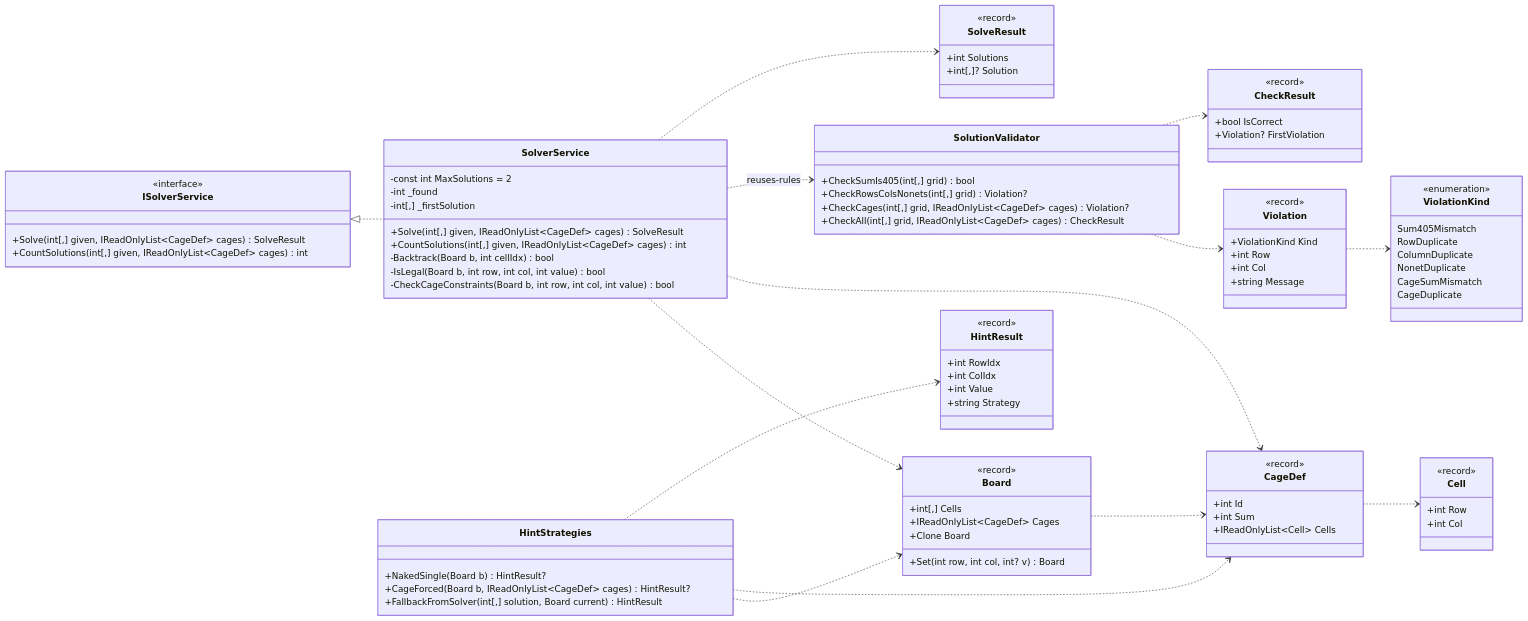
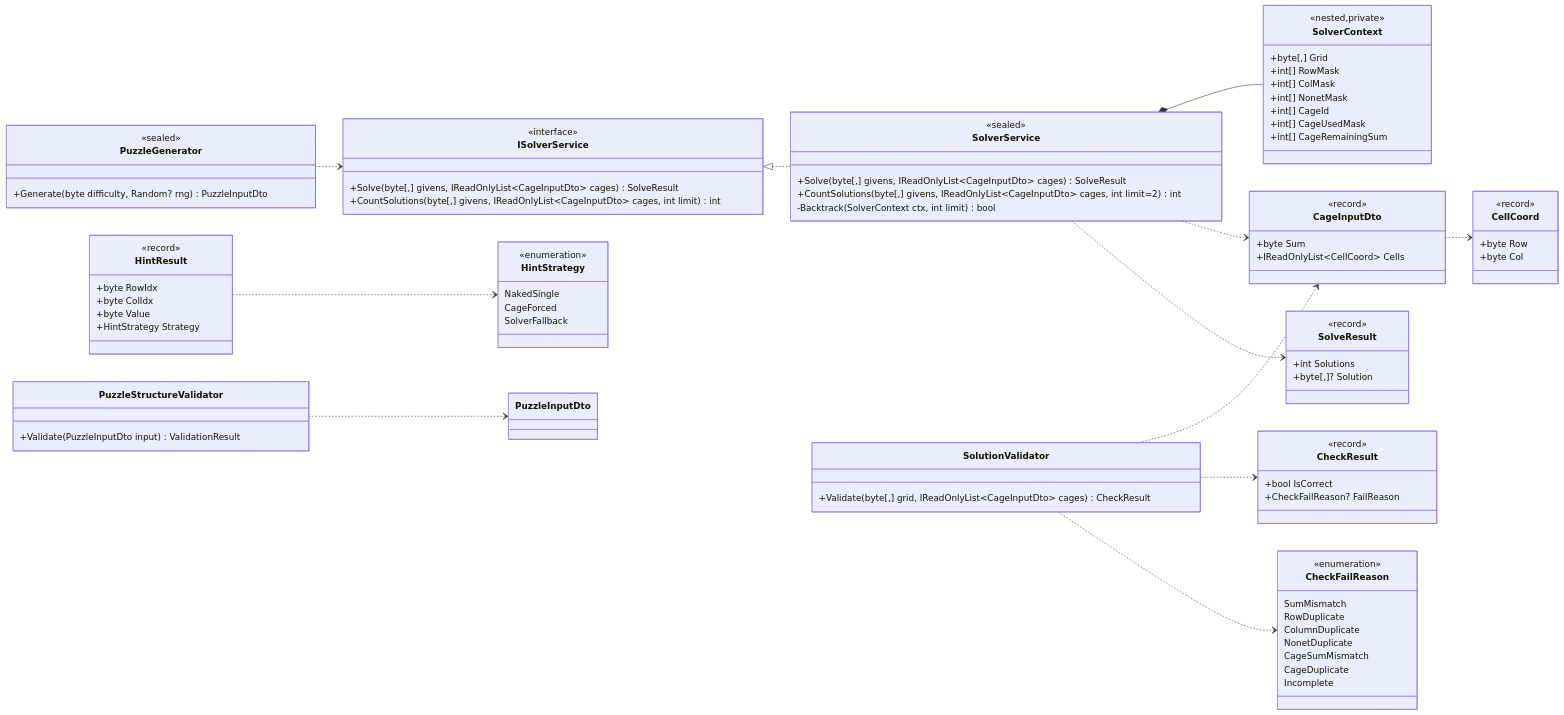
One commit to Tim-Fischer-zh/skillsbattle changed the second of 7 diagrams in docs/doc_pdf/03-section-3.md. Above: the diagram before and after it, drawn with Mermaid. The commit also changed other lines of this file and 19 other files, not shown here.

````diff
--- a/docs/doc_pdf/03-section-3.md
+++ b/docs/doc_pdf/03-section-3.md
@@ -232,104 +259,100 @@
 
  class ISolverService {
  <<interface>>
- +Solve(int[,] given, IReadOnlyList~CageDef~ cages) SolveResult
- +CountSolutions(int[,] given, IReadOnlyList~CageDef~ cages) int
+ +Solve(byte[,] givens, IReadOnlyList~CageInputDto~ cages) SolveResult
+ +CountSolutions(byte[,] givens, IReadOnlyList~CageInputDto~ cages, int limit) int
  }
 
  class SolverService {
- -const int MaxSolutions = 2
- -int _found
- -int[,] _firstSolution
- +Solve(int[,] given, IReadOnlyList~CageDef~ cages) SolveResult
- +CountSolutions(int[,] given, IReadOnlyList~CageDef~ cages) int
- -Backtrack(Board b, int cellIdx) bool
- -IsLegal(Board b, int row, int col, int value) bool
- -CheckCageConstraints(Board b, int row, int col, int value) bool
+ <<sealed>>
+ +Solve(byte[,] givens, IReadOnlyList~CageInputDto~ cages) SolveResult
+ +CountSolutions(byte[,] givens, IReadOnlyList~CageInputDto~ cages, int limit=2) int
+ -Backtrack(SolverContext ctx, int limit) bool
+ }
+
+ class SolverContext {
+ <<nested,private>>
+ +byte[,] Grid
+ +int[] RowMask
+ +int[] ColMask
+ +int[] NonetMask
+ +int[] CageId
+ +int[] CageUsedMask
+ +int[] CageRemainingSum
  }
 
  class SolutionValidator {
- +CheckSumIs405(int[,] grid) bool
- +CheckRowsColsNonets(int[,] grid) Violation?
- +CheckCages(int[,] grid, IReadOnlyList~CageDef~ cages) Violation?
- +CheckAll(int[,] grid, IReadOnlyList~CageDef~ cages) CheckResult
+ +Validate(byte[,] grid, IReadOnlyList~CageInputDto~ cages) CheckResult
  }
 
- class HintStrategies {
- +NakedSingle(Board b) HintResult?
- +CageForced(Board b, IReadOnlyList~CageDef~ cages) HintResult?
- +FallbackFromSolver(int[,] solution, Board current) HintResult
+ class PuzzleStructureValidator {
+ +Validate(PuzzleInputDto input) ValidationResult
  }
 
- class Board {
- <<record>>
- +int[,] Cells
- +IReadOnlyList~CageDef~ Cages
- +Clone Board
- +Set(int row, int col, int? v) Board
+ class PuzzleGenerator {
+ <<sealed>>
+ +Generate(byte difficulty, Random? rng) PuzzleInputDto
  }
 
- class CageDef {
+ class CageInputDto {
  <<record>>
- +int Id
- +int Sum
- +IReadOnlyList~Cell~ Cells
+ +byte Sum
+ +IReadOnlyList~CellCoord~ Cells
  }
 
- class Cell {
+ class CellCoord {
  <<record>>
- +int Row
- +int Col
+ +byte Row
+ +byte Col
  }
 
- class Violation {
- <<record>>
- +ViolationKind Kind
- +int Row
- +int Col
- +string Message
- }
-
- class ViolationKind {
+ class CheckFailReason {
  <<enumeration>>
- Sum405Mismatch
+ SumMismatch
  RowDuplicate
  ColumnDuplicate
  NonetDuplicate
  CageSumMismatch
  CageDuplicate
+ Incomplete
  }
 
  class SolveResult {
  <<record>>
  +int Solutions
- +int[,]? Solution
+ +byte[,]? Solution
  }
 
  class HintResult {
  <<record>>
- +int RowIdx
- +int ColIdx
- +int Value
- +string Strategy
+ +byte RowIdx
+ +byte ColIdx
+ +byte Value
+ +HintStrategy Strategy
+ }
+
+ class HintStrategy {
+ <<enumeration>>
+ NakedSingle
+ CageForced
+ SolverFallback
  }
 
  class CheckResult {
  <<record>>
  +bool IsCorrect
- +Violation? FirstViolation
+ +CheckFailReason? FailReason
  }
 
  ISolverService <|.. SolverService
- SolverService ..> Board
- SolverService ..> CageDef
- SolverService ..> SolutionValidator : reuses-rules
+ SolverService *-- SolverContext
+ SolverService ..> CageInputDto
  SolverService ..> SolveResult
- SolutionValidator ..> Violation
+ SolutionValidator ..> CageInputDto
  SolutionValidator ..> CheckResult
- HintStrategies ..> Board
- HintStrategies ..> CageDef
- HintStrategies ..> HintResult
- Board ..> CageDef
- CageDef ..> Cell
- Violation ..> ViolationKind
+ SolutionValidator ..> CheckFailReason
+ PuzzleStructureValidator ..> PuzzleInputDto
+ PuzzleGenerator ..> ISolverService
+ HintResult ..> HintStrategy
+ CageInputDto ..> CellCoord
 ```
````
